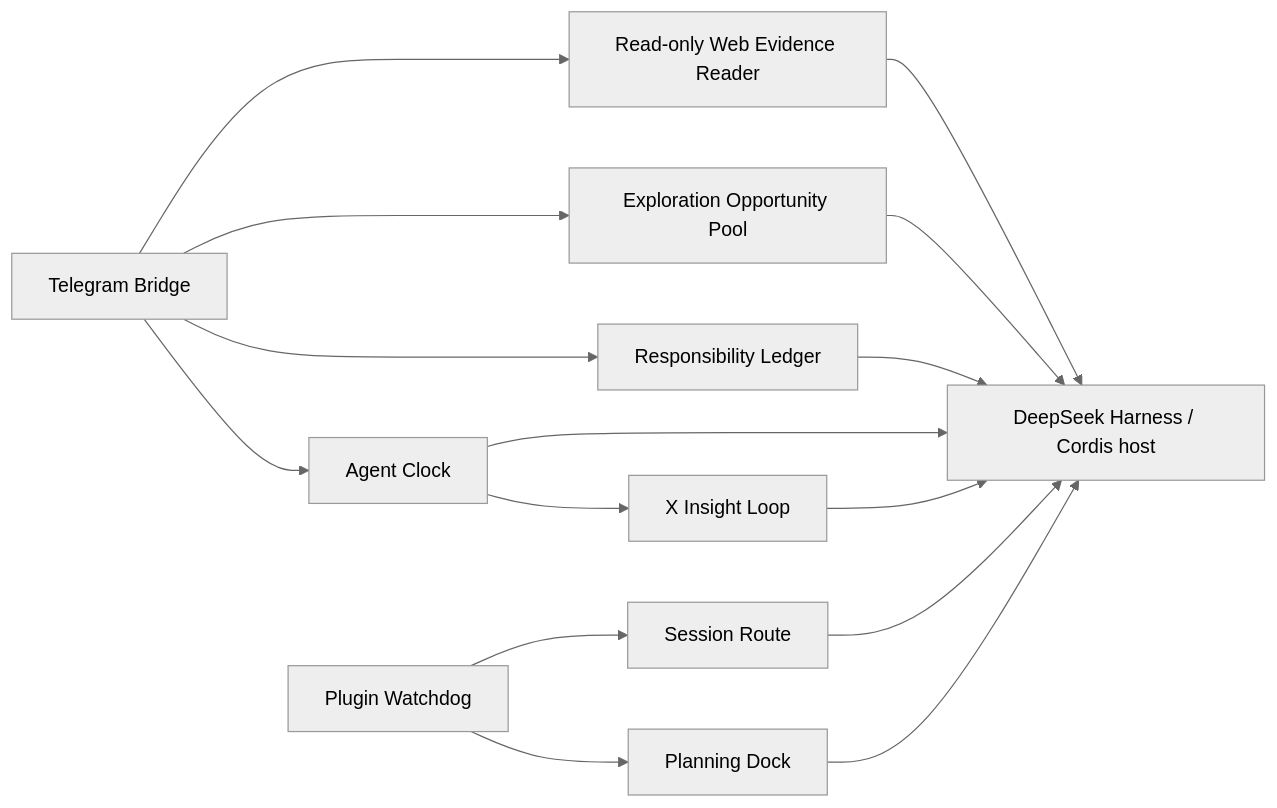
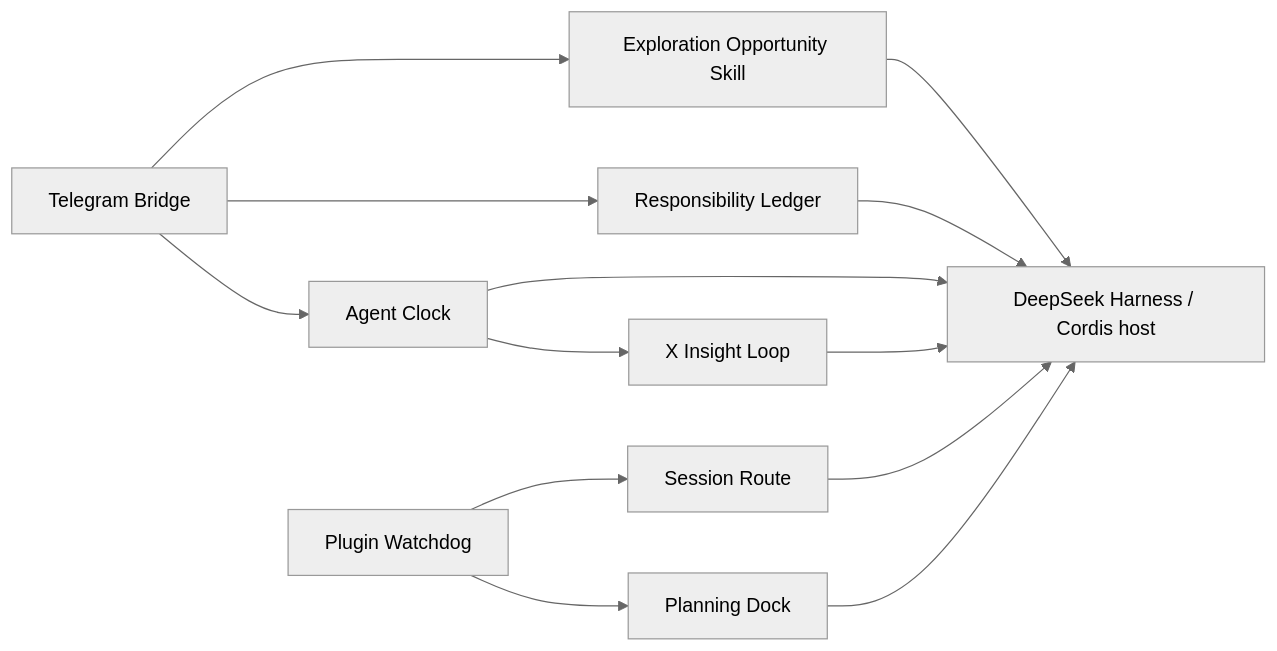
One commit to HYBB-rash/dsh-plugins changed the diagram in README.en.md. Above: the diagram before and after it, drawn with Mermaid (neutral theme). The commit also changed other lines of this file and 43 other files, not shown here.

Commit message:
refactor: replace exploration plugins with skill

````diff
--- a/README.en.md
+++ b/README.en.md
@@ -25,17 +24,15 @@
 ```mermaid
 flowchart LR
   TG[Telegram Bridge] --> A[Responsibility Ledger]
   TG --> C[Agent Clock]
   C --> X[X Insight Loop]
-  TG --> E[Exploration Opportunity Pool]
-  TG --> B[Read-only Web Evidence Reader]
-  B --> DSH
+  TG --> E[Exploration Opportunity Skill]
   E --> DSH
   A --> DSH[DeepSeek Harness / Cordis host]
   C --> DSH
   X --> DSH
   R[Session Route] --> DSH
   W[Plugin Watchdog] --> R
   W --> P[Planning Dock]
   P --> DSH
 ```
````
